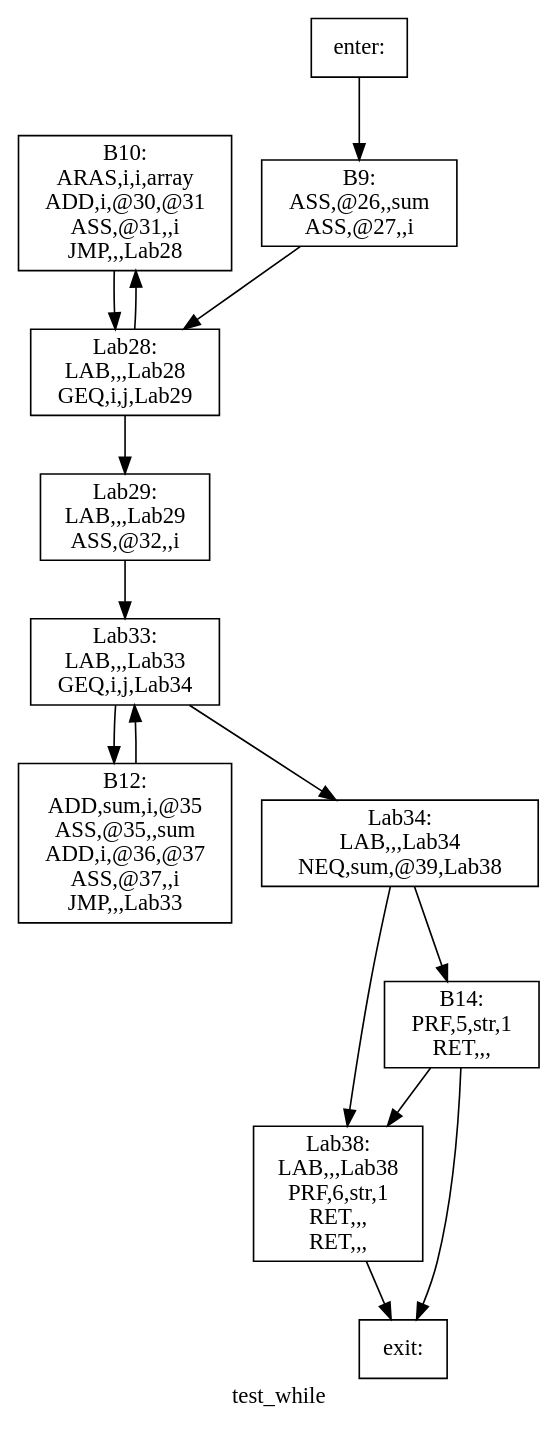
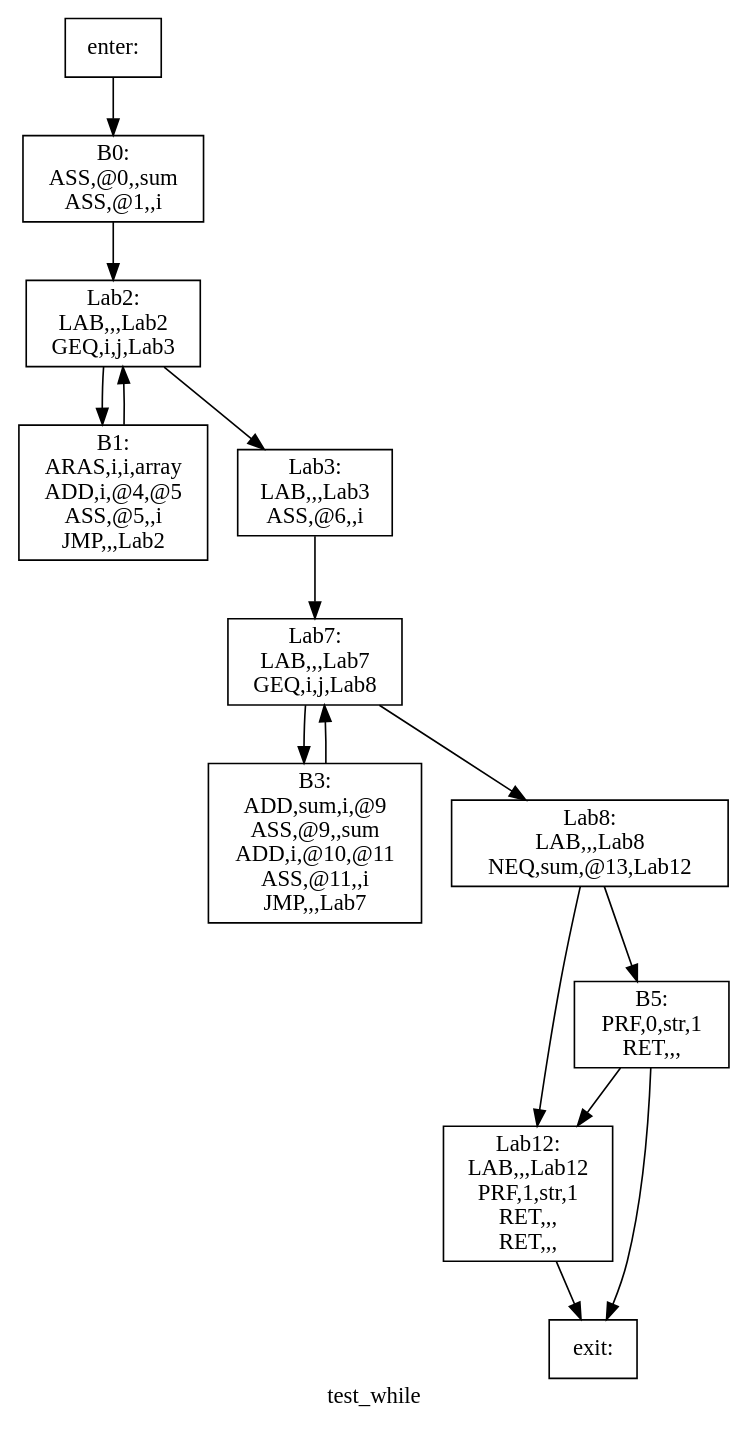
Before and after one commit to yifan123/Compiler: the diagram in Compiler/basic_block/dot/test_while.dot, drawn with Graphviz. The commit also changed 54 other files, not shown here.

Commit message:
整个编译器已经完工，优化已做了： 1. 常量折叠 2. 划分基本块并使用graphviz绘制控制流图 3. 在parser时直接将所有常量的值计算出来 4. 到达定义分析，计算d-u链和活跃变量分析 接下来准备做： 1. 构建冲突图，图着色，全局寄存器分配

```diff
--- a/Compiler/basic_block/dot/test_while.dot
+++ b/Compiler/basic_block/dot/test_while.dot
@@ -1,28 +1,28 @@
 digraph test_while{
 label =test_while
-B10[label="B10:\nARAS,i,i,array\nADD,i,@30,@31\nASS,@31,,i\nJMP,,,Lab28\n" shape=box]
-B12[label="B12:\nADD,sum,i,@35\nASS,@35,,sum\nADD,i,@36,@37\nASS,@37,,i\nJMP,,,Lab33\n" shape=box]
-B14[label="B14:\nPRF,5,str,1\nRET,,,\n" shape=box]
-B9[label="B9:\nASS,@26,,sum\nASS,@27,,i\n" shape=box]
-Lab28[label="Lab28:\nLAB,,,Lab28\nGEQ,i,j,Lab29\n" shape=box]
-Lab29[label="Lab29:\nLAB,,,Lab29\nASS,@32,,i\n" shape=box]
-Lab33[label="Lab33:\nLAB,,,Lab33\nGEQ,i,j,Lab34\n" shape=box]
-Lab34[label="Lab34:\nLAB,,,Lab34\nNEQ,sum,@39,Lab38\n" shape=box]
-Lab38[label="Lab38:\nLAB,,,Lab38\nPRF,6,str,1\nRET,,,\nRET,,,\n" shape=box]
+B0[label="B0:\nASS,@0,,sum\nASS,@1,,i\n" shape=box]
+B1[label="B1:\nARAS,i,i,array\nADD,i,@4,@5\nASS,@5,,i\nJMP,,,Lab2\n" shape=box]
+B3[label="B3:\nADD,sum,i,@9\nASS,@9,,sum\nADD,i,@10,@11\nASS,@11,,i\nJMP,,,Lab7\n" shape=box]
+B5[label="B5:\nPRF,0,str,1\nRET,,,\n" shape=box]
+Lab12[label="Lab12:\nLAB,,,Lab12\nPRF,1,str,1\nRET,,,\nRET,,,\n" shape=box]
+Lab2[label="Lab2:\nLAB,,,Lab2\nGEQ,i,j,Lab3\n" shape=box]
+Lab3[label="Lab3:\nLAB,,,Lab3\nASS,@6,,i\n" shape=box]
+Lab7[label="Lab7:\nLAB,,,Lab7\nGEQ,i,j,Lab8\n" shape=box]
+Lab8[label="Lab8:\nLAB,,,Lab8\nNEQ,sum,@13,Lab12\n" shape=box]
 enter[label="enter:\n" shape=box]
 exit[label="exit:\n" shape=box]
-B10->Lab28
-B12->Lab33
-B14->Lab38
-B14->exit
-B9->Lab28
-Lab28->B10
-Lab28->Lab29
-Lab29->Lab33
-Lab33->B12
-Lab33->Lab34
-Lab34->B14
-Lab34->Lab38
-Lab38->exit
-enter->B9
+B0->Lab2
+B1->Lab2
+B3->Lab7
+B5->Lab12
+B5->exit
+Lab12->exit
+Lab2->B1
+Lab2->Lab3
+Lab3->Lab7
+Lab7->B3
+Lab7->Lab8
+Lab8->B5
+Lab8->Lab12
+enter->B0
 }
```
